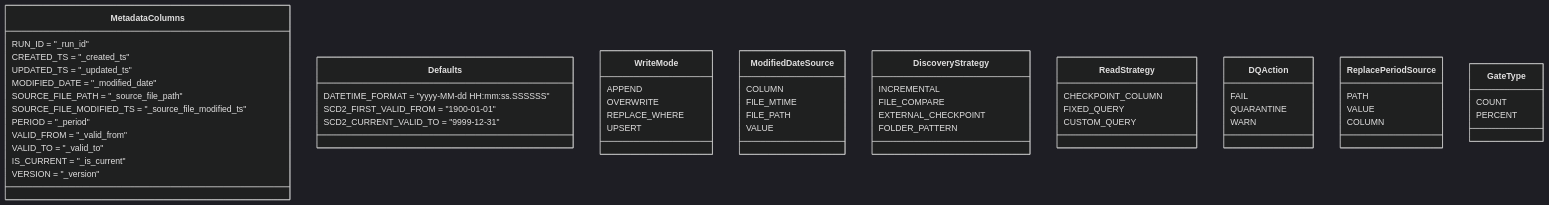
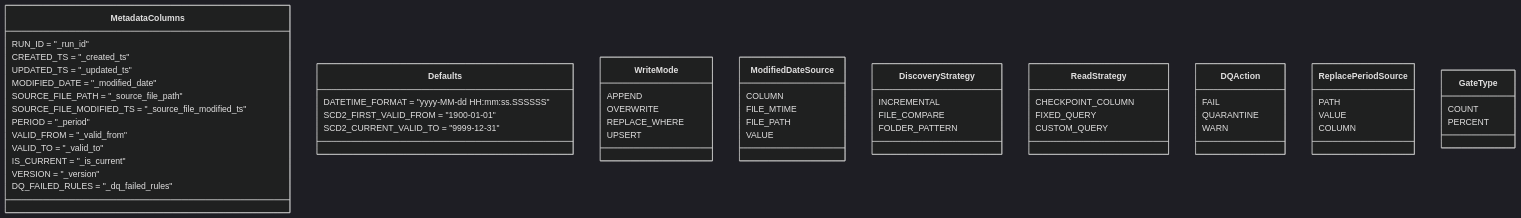
The seventh of 9 diagrams in docs/architecture.md (ltofanelli/data-processing-framework), drawn with Mermaid (dark theme) before and after one commit. The commit also changed other lines of this file and 2 other files, not shown here.

````diff
--- a/docs/architecture.md
+++ b/docs/architecture.md
@@ -832,58 +910,58 @@
 ```mermaid
 classDiagram
     class MetadataColumns {
         RUN_ID = "_run_id"
         CREATED_TS = "_created_ts"
         UPDATED_TS = "_updated_ts"
         MODIFIED_DATE = "_modified_date"
         SOURCE_FILE_PATH = "_source_file_path"
         SOURCE_FILE_MODIFIED_TS = "_source_file_modified_ts"
         PERIOD = "_period"
         VALID_FROM = "_valid_from"
         VALID_TO = "_valid_to"
         IS_CURRENT = "_is_current"
         VERSION = "_version"
+        DQ_FAILED_RULES = "_dq_failed_rules"
     }
     class Defaults {
         DATETIME_FORMAT = "yyyy-MM-dd HH:mm:ss.SSSSSS"
         SCD2_FIRST_VALID_FROM = "1900-01-01"
         SCD2_CURRENT_VALID_TO = "9999-12-31"
     }
     class WriteMode {
         APPEND
         OVERWRITE
         REPLACE_WHERE
         UPSERT
     }
     class ModifiedDateSource {
         COLUMN
         FILE_MTIME
         FILE_PATH
         VALUE
     }
     class DiscoveryStrategy {
         INCREMENTAL
         FILE_COMPARE
-        EXTERNAL_CHECKPOINT
         FOLDER_PATTERN
     }
     class ReadStrategy {
         CHECKPOINT_COLUMN
         FIXED_QUERY
         CUSTOM_QUERY
     }
     class DQAction {
         FAIL
         QUARANTINE
         WARN
     }
     class ReplacePeriodSource {
         PATH
         VALUE
         COLUMN
     }
     class GateType {
         COUNT
         PERCENT
     }
 ```
````
